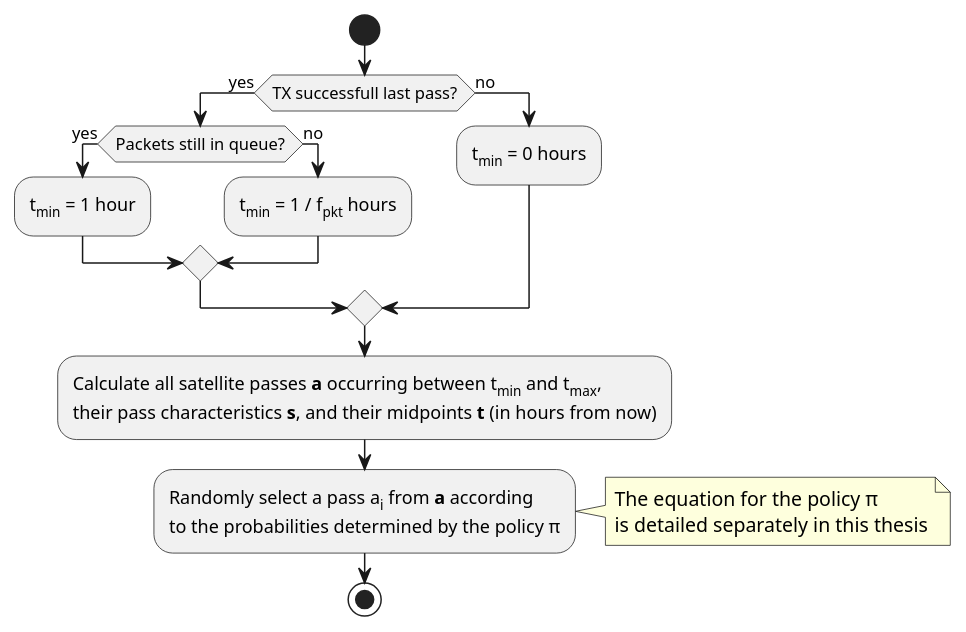
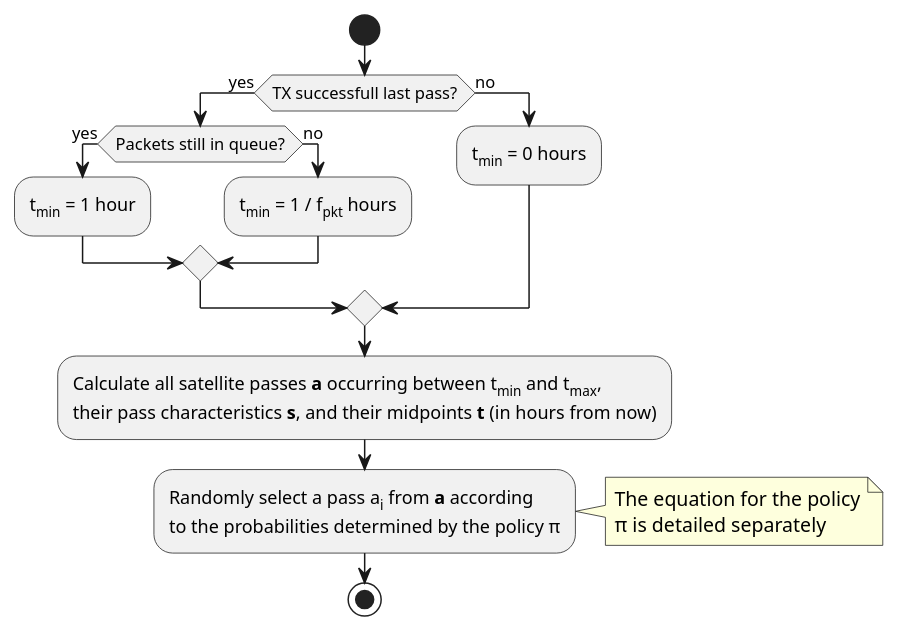
One commit to garrettkinman/MSc-Thesis-Diagrams changed the diagram in passSelection.wsd. Above: the diagram before and after it, drawn with PlantUML. The commit also changed 1 other file, not shown here.

```diff
--- a/passSelection.wsd
+++ b/passSelection.wsd
@@ -1,28 +1,28 @@
 @startuml
 
 
 
 start
 
 if (TX successfull last pass?) then (yes)
     if (Packets still in queue?) then (yes)
         :t<sub>min</sub> = 1 hour;
         
     else (no)
         :t<sub>min</sub> = 1 / f<sub>pkt</sub> hours;
         
     endif
 else (no)
     :t<sub>min</sub> = 0 hours;
 endif
 :Calculate all satellite passes **a** occurring between t<sub>min</sub> and t<sub>max</sub>,
 their pass characteristics **s**, and their midpoints **t** (in hours from now);
 :Randomly select a pass a<sub>i</sub> from **a** according
 to the probabilities determined by the policy π;
-note right: The equation for the policy π\nis detailed separately in this thesis
+note right: The equation for the policy\nπ is detailed separately
 
 stop
 
 
 
 @enduml
```
